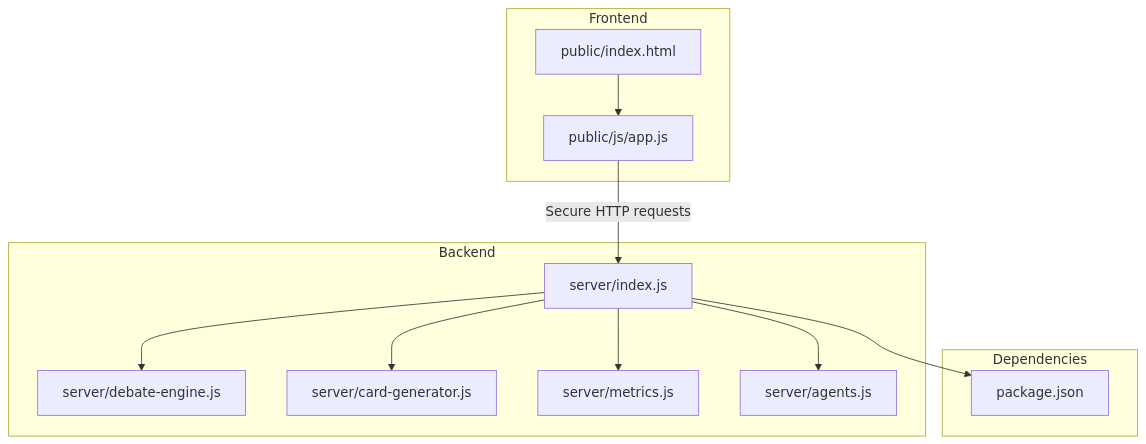
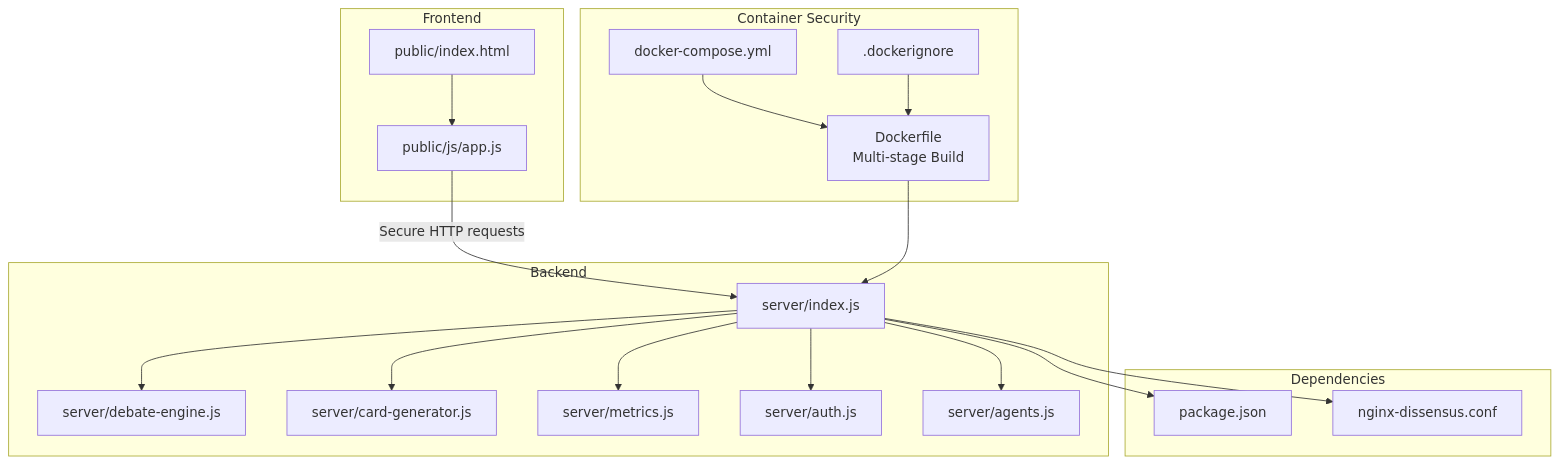
One commit to RunTimeAdmin/tri-ai changed the first of 8 diagrams in .qoder/repowiki/en/content/System Architecture/Security Architecture.md. Above: the diagram before and after it, drawn with Mermaid. The commit also changed other lines of this file and 40 other files, not shown here.

````diff
--- a/.qoder/repowiki/en/content/System Architecture/Security Architecture.md
+++ b/.qoder/repowiki/en/content/System Architecture/Security Architecture.md
@@ -52,24 +59,36 @@
 ```mermaid
 graph TB
 subgraph "Frontend"
 FE_App["public/js/app.js"]
 FE_HTML["public/index.html"]
 end
 subgraph "Backend"
 BE_Index["server/index.js"]
 BE_Debate["server/debate-engine.js"]
 BE_Card["server/card-generator.js"]
 BE_Metrics["server/metrics.js"]
+BE_Auth["server/auth.js"]
 BE_Agents["server/agents.js"]
+end
+subgraph "Container Security"
+Dockerfile["Dockerfile<br/>Multi-stage Build"]
+DockerCompose["docker-compose.yml"]
+DockerIgnore[".dockerignore"]
 end
 subgraph "Dependencies"
 Pkg["package.json"]
+Nginx["nginx-dissensus.conf"]
 end
 FE_App --> |"Secure HTTP requests"| BE_Index
 FE_HTML --> FE_App
 BE_Index --> BE_Debate
 BE_Index --> BE_Card
 BE_Index --> BE_Metrics
+BE_Index --> BE_Auth
 BE_Index --> BE_Agents
 BE_Index --> Pkg
+BE_Index --> Nginx
+Dockerfile --> BE_Index
+DockerCompose --> Dockerfile
+DockerIgnore --> Dockerfile
 ```
````
